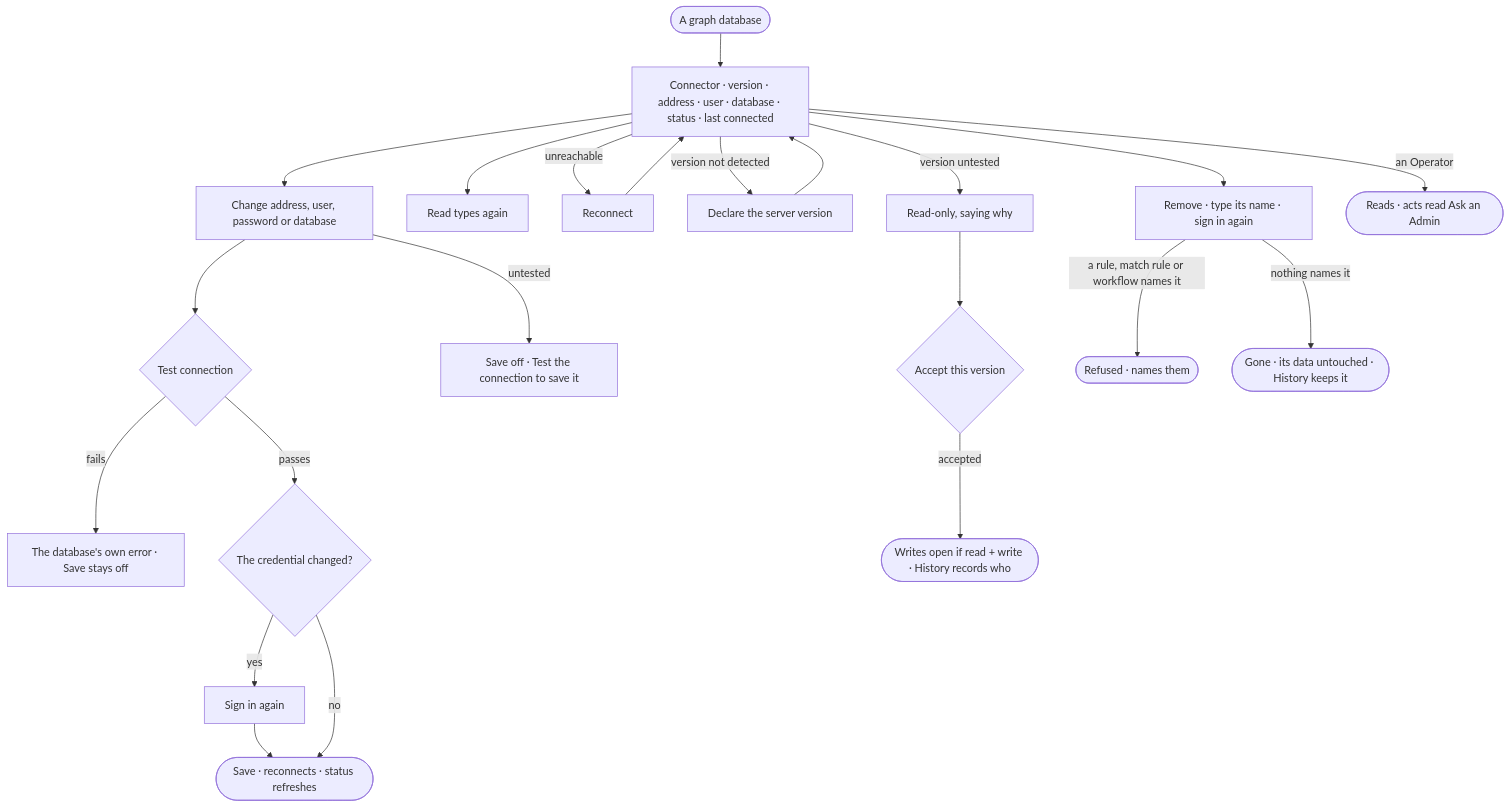
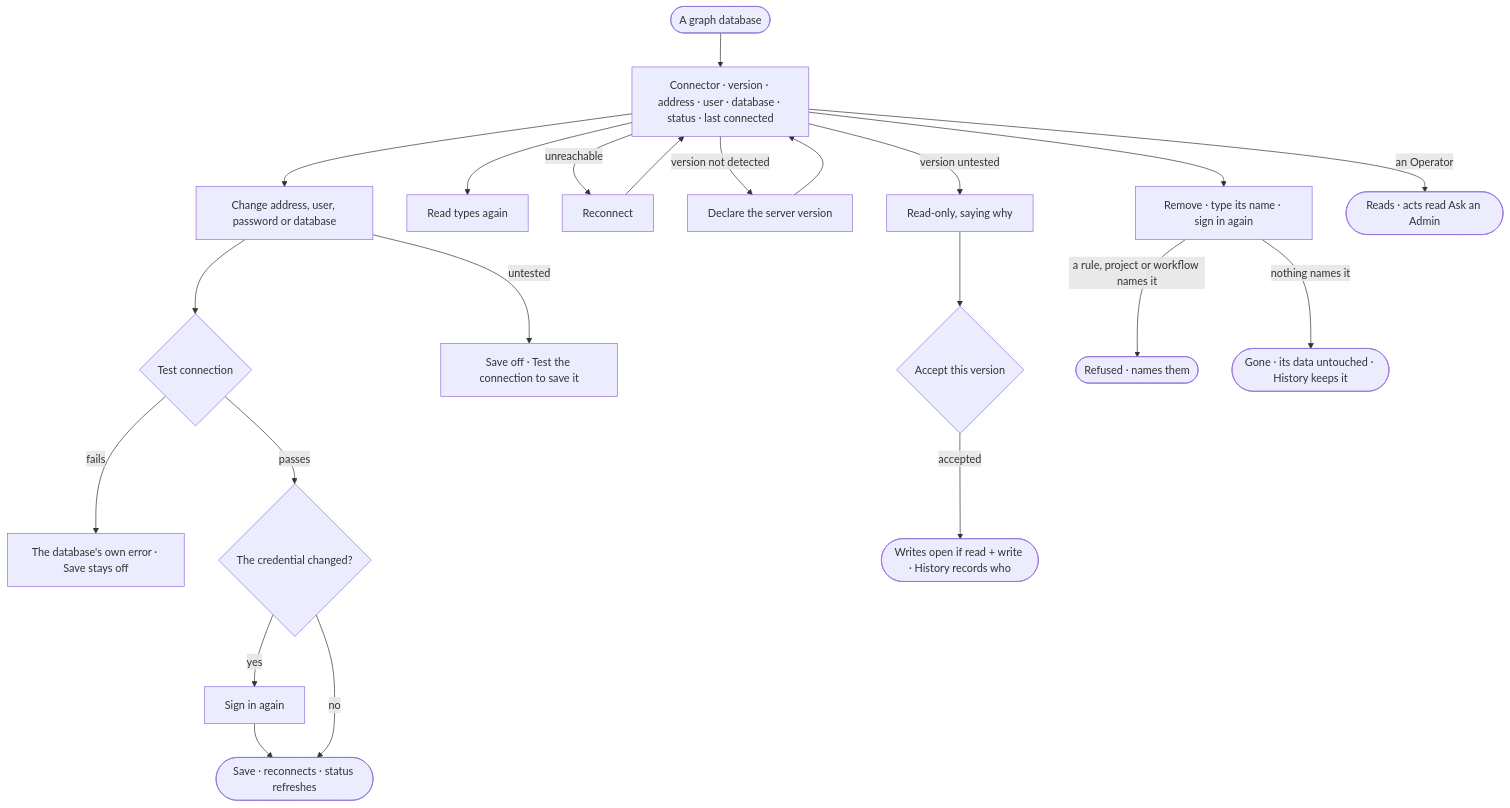
Before and after one commit to invana/invana: the diagram in specs/os/control/features/CP-F05-graph-databases/stories/CP-35-keep-a-graph-database-connected/story.md, drawn with Mermaid. The commit also changed other lines of this file and 54 other files, not shown here.

First line of the commit message:
docs(specs): many graph databases by access, links within one database, Model views restored

````diff
--- a/specs/os/control/features/CP-F05-graph-databases/stories/CP-35-keep-a-graph-database-connected/story.md
+++ b/specs/os/control/features/CP-F05-graph-databases/stories/CP-35-keep-a-graph-database-connected/story.md
@@ -27,20 +27,20 @@
 ```mermaid
 flowchart TD
   s([A graph database]) --> c["Connector · version · address · user · database · status · last connected"]
   c --> ch["Change address, user, password or database"]
   ch --> t{"Test connection"}
   t -->|fails| tf["The database's own error · Save stays off"]
   t -->|passes| pw{"The credential changed?"}
   pw -->|yes| si["Sign in again"] --> ok
   pw -->|no| ok(["Save · reconnects · status refreshes"])
   ch -->|untested| off["Save off · Test the connection to save it"]
   c --> rd["Read types again"]
   c -->|unreachable| rc["Reconnect"] --> c
   c -->|version not detected| dv["Declare the server version"] --> c
   c -->|version untested| ut["Read-only, saying why"] --> acc{"Accept this version"}
   acc -->|accepted| rw(["Writes open if read + write · History records who"])
   c --> del["Remove · type its name · sign in again"]
-  del -->|a rule, match rule or workflow names it| blk(["Refused · names them"])
+  del -->|a rule, project or workflow names it| blk(["Refused · names them"])
   del -->|nothing names it| gone(["Gone · its data untouched · History keeps it"])
   c -->|an Operator| ask(["Reads · acts read Ask an Admin"])
 ```
````
